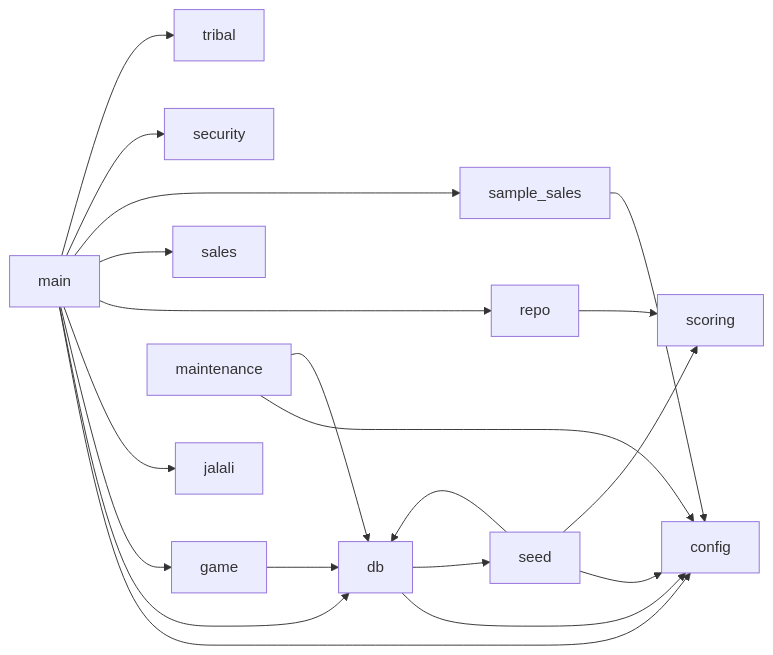
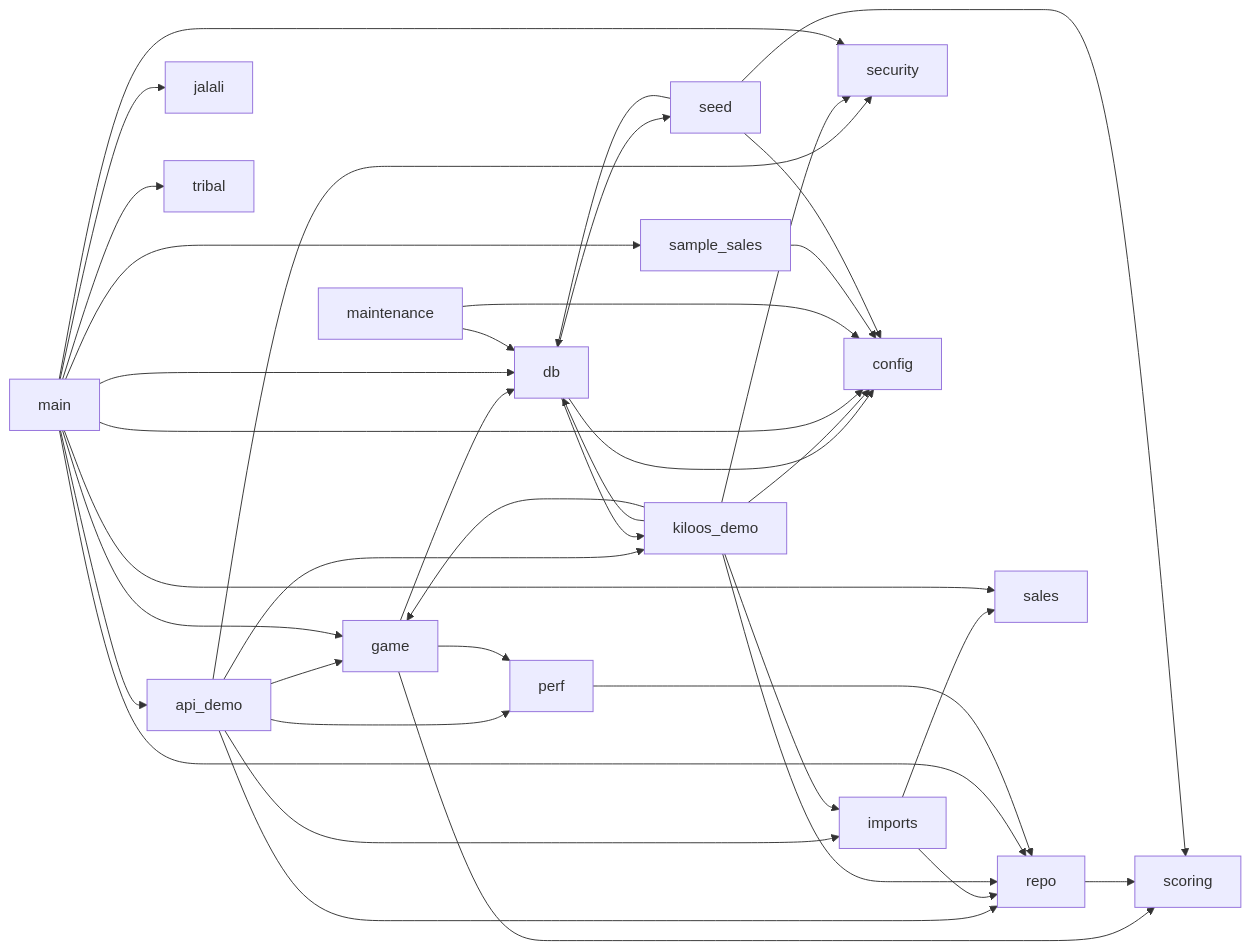
Before and after one commit to iciiex/comu-center: the diagram in docs/agent-guide/code-map.md, drawn with Mermaid. The commit also changed other lines of this file and 19 other files, not shown here.

First line of the commit message:
Kiloos demo: hierarchy, sales import API, dashboards, sales-gated mission

````diff
--- a/docs/agent-guide/code-map.md
+++ b/docs/agent-guide/code-map.md
@@ -47,22 +51,41 @@
 ```mermaid
 graph LR
+    api_demo --> game
+    api_demo --> imports
+    api_demo --> kiloos_demo
+    api_demo --> perf
+    api_demo --> repo
+    api_demo --> security
     db --> config
+    db --> kiloos_demo
     db --> seed
     game --> db
+    game --> perf
+    game --> scoring
+    imports --> repo
+    imports --> sales
+    kiloos_demo --> config
+    kiloos_demo --> db
+    kiloos_demo --> game
+    kiloos_demo --> imports
+    kiloos_demo --> repo
+    kiloos_demo --> security
+    main --> api_demo
     main --> config
     main --> db
     main --> game
     main --> jalali
     main --> repo
     main --> sales
     main --> sample_sales
     main --> security
     main --> tribal
     maintenance --> config
     maintenance --> db
+    perf --> repo
     repo --> scoring
     sample_sales --> config
     seed --> config
     seed --> db
     seed --> scoring
 ```
````
